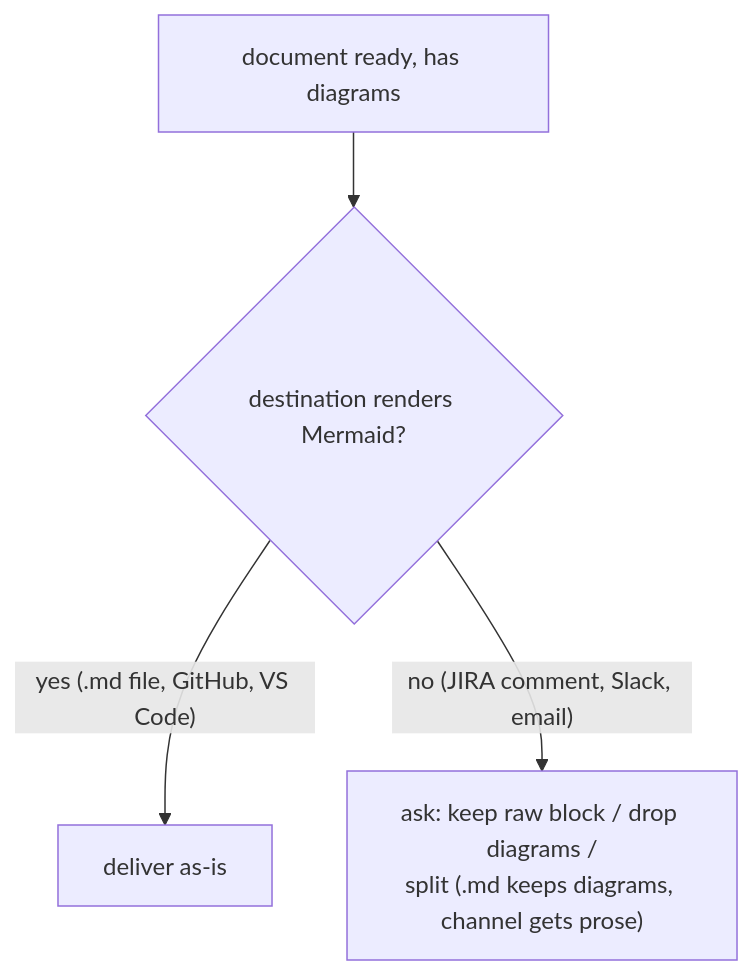
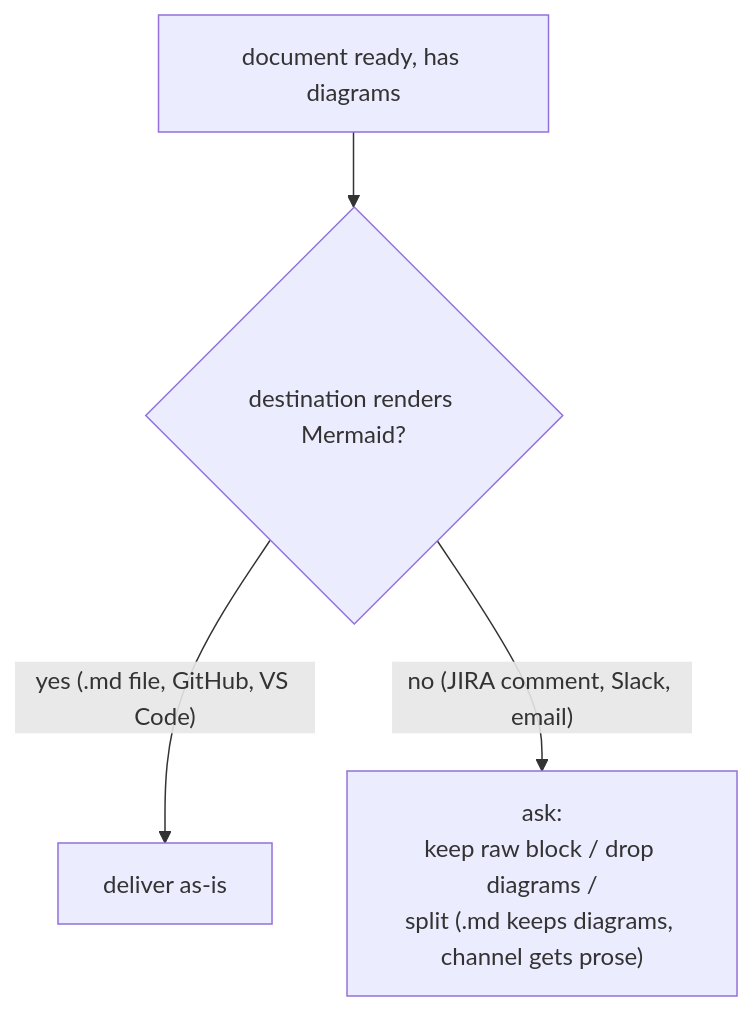
Before and after one commit to ThodsaphonSonthiphin/workflow-daily-work: the diagram in plugins/dev-workflows/references/diagram-convention.md, drawn with Mermaid. The commit also changed other lines of this file, not shown here.

Commit message:
docs(dev-workflows): tighten diagram convention wording (review fixes)

````diff
--- a/plugins/dev-workflows/references/diagram-convention.md
+++ b/plugins/dev-workflows/references/diagram-convention.md
@@ -52,6 +57,6 @@
 ```mermaid
 flowchart TD
     D["document ready, has diagrams"] --> Q{destination renders Mermaid?}
     Q -->|"yes (.md file, GitHub, VS Code)"| GO["deliver as-is"]
-    Q -->|"no (JIRA comment, Slack, email)"| ASK["ask: keep raw block / drop diagrams /<br/>split (.md keeps diagrams, channel gets prose)"]
+    Q -->|"no (JIRA comment, Slack, email)"| ASK["ask:<br/>keep raw block / drop diagrams /<br/>split (.md keeps diagrams, channel gets prose)"]
 ```
````
